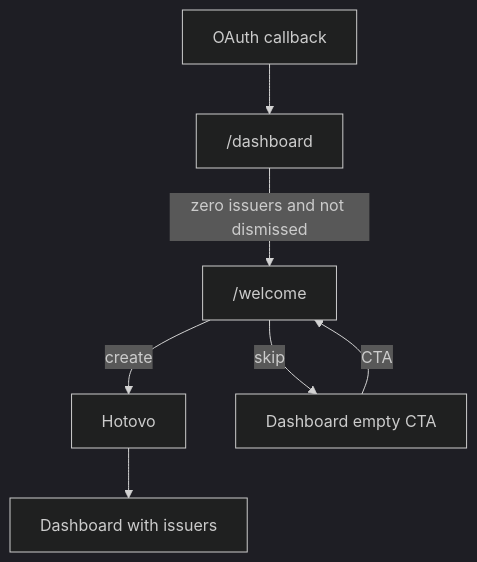
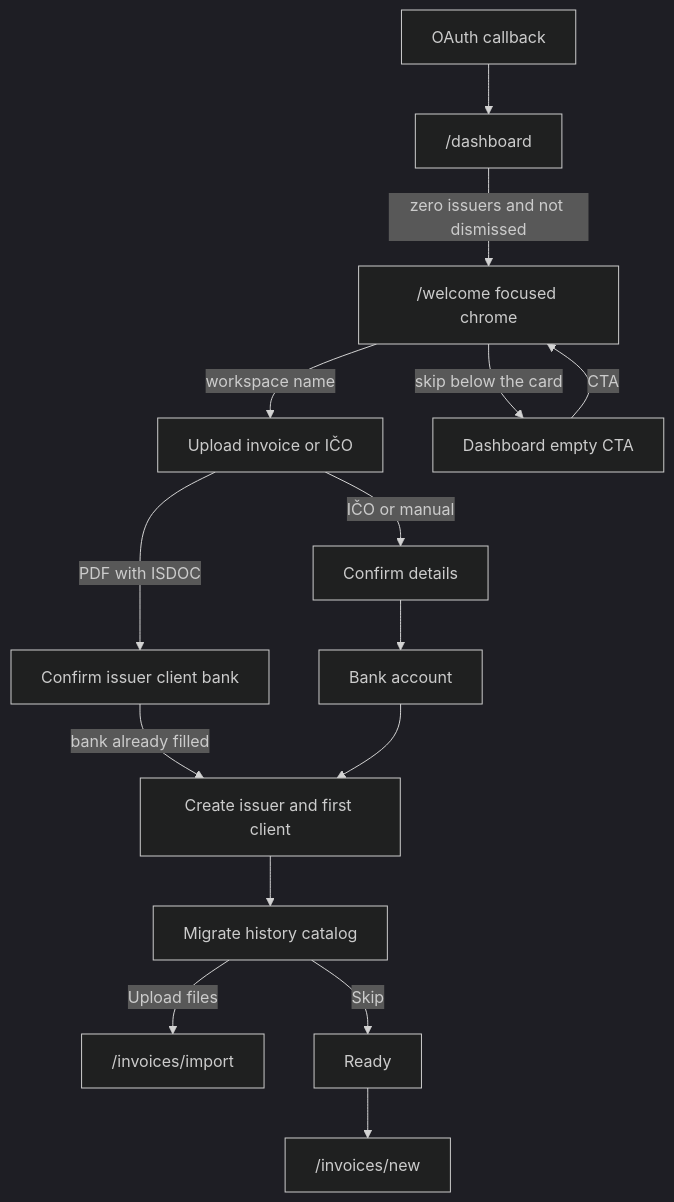
One commit to filipditrich/inveoiceyai changed the diagram in docs/ui/onboarding.md. Above: the diagram before and after it, drawn with Mermaid (dark theme). The commit also changed other lines of this file and 28 other files, not shown here.

````diff
--- a/docs/ui/onboarding.md
+++ b/docs/ui/onboarding.md
@@ -49,9 +60,17 @@
 ```mermaid
 flowchart TD
   oauth[OAuth callback] --> dash["/dashboard"]
-  dash -->|zero issuers and not dismissed| welcome["/welcome"]
-  welcome -->|create| done[Hotovo]
-  welcome -->|skip| dashEmpty[Dashboard empty CTA]
-  done --> dashReady[Dashboard with issuers]
+  dash -->|zero issuers and not dismissed| welcome["/welcome focused chrome"]
+  welcome -->|workspace name| path[Upload invoice or IČO]
+  path -->|PDF with ISDOC| review[Confirm issuer client bank]
+  path -->|IČO or manual| confirm[Confirm details]
+  review -->|bank already filled| persist[Create issuer and first client]
+  confirm --> bank[Bank account]
+  bank --> persist
+  persist --> migrate[Migrate history catalog]
+  migrate -->|Upload files| import["/invoices/import"]
+  migrate -->|Skip| done[Ready]
+  welcome -->|skip below the card| dashEmpty[Dashboard empty CTA]
+  done --> firstInvoice["/invoices/new"]
   dashEmpty -->|CTA| welcome
 ```
````
